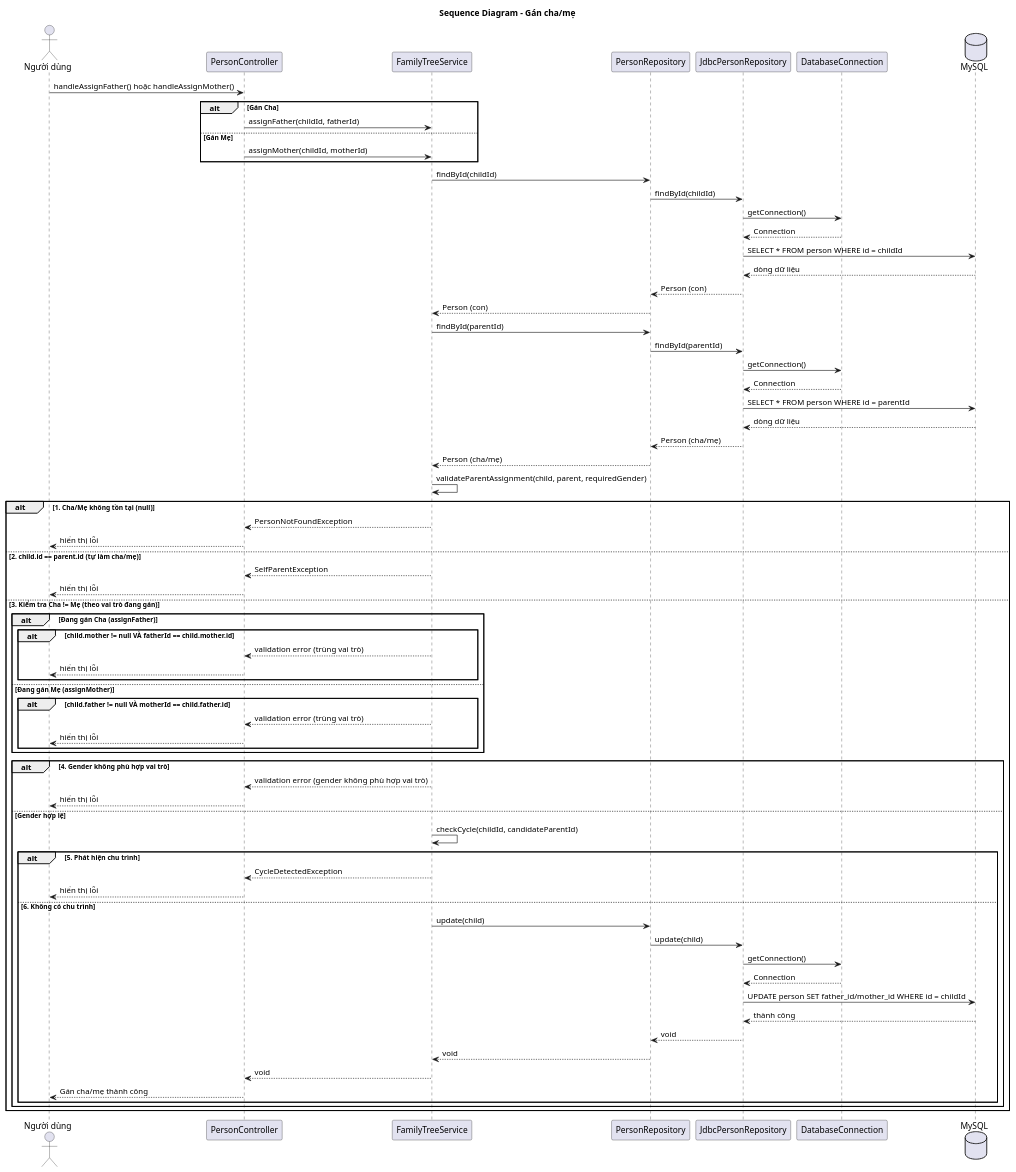
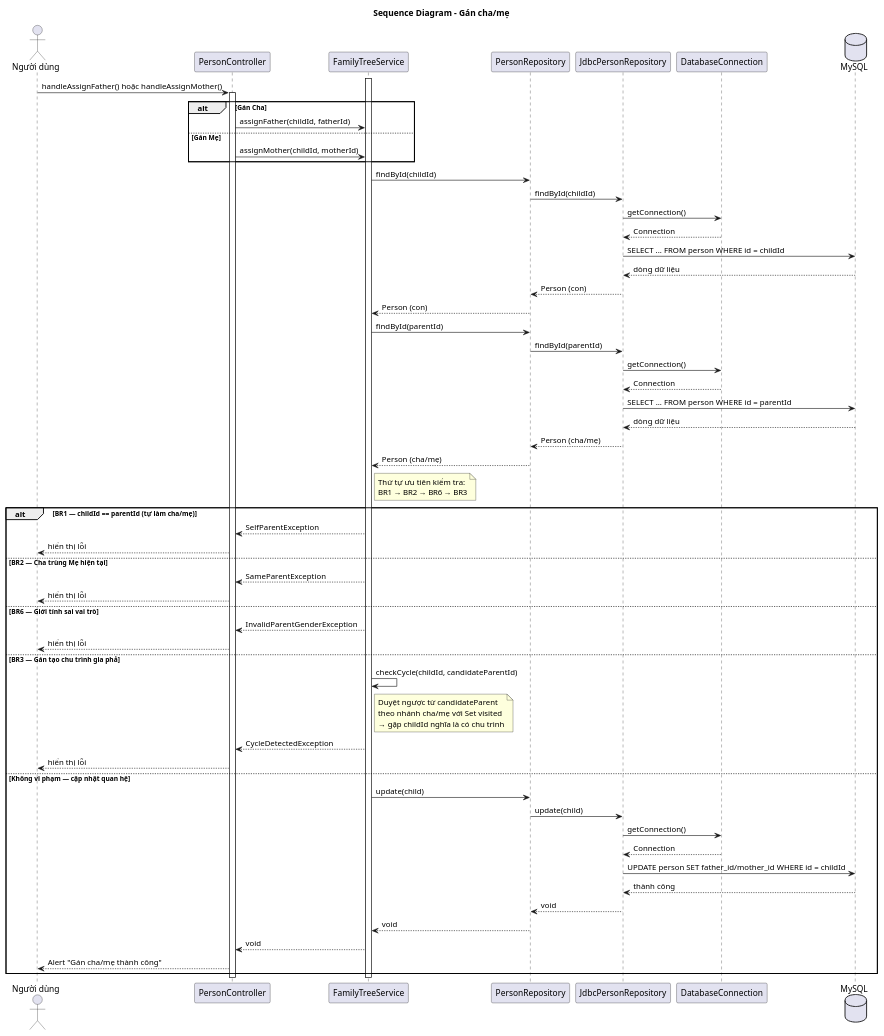
The diagram in docs/uml/sequence-assign-parent.puml (minhchien170704/do-an-gia-pha), drawn with PlantUML before and after one commit. The commit also changed 34 other files, not shown here.

```diff
--- a/docs/uml/sequence-assign-parent.puml
+++ b/docs/uml/sequence-assign-parent.puml
@@ -1,89 +1,84 @@
 @startuml sequence-assign-parent
 
 title Sequence Diagram - Gán cha/mẹ
 
 actor "Người dùng" as User
 participant "PersonController" as Controller
 participant "FamilyTreeService" as Service
 participant "PersonRepository" as Repo
 participant "JdbcPersonRepository" as JdbcRepo
 participant "DatabaseConnection" as DBConn
 database "MySQL" as DB
 
 User -> Controller : handleAssignFather() hoặc handleAssignMother()
+activate Controller
 
 alt Gán Cha
     Controller -> Service : assignFather(childId, fatherId)
 else Gán Mẹ
     Controller -> Service : assignMother(childId, motherId)
 end
+activate Service
 
 Service -> Repo : findById(childId)
 Repo -> JdbcRepo : findById(childId)
 JdbcRepo -> DBConn : getConnection()
 DBConn --> JdbcRepo : Connection
-JdbcRepo -> DB : SELECT * FROM person WHERE id = childId
+JdbcRepo -> DB : SELECT ... FROM person WHERE id = childId
 DB --> JdbcRepo : dòng dữ liệu
 JdbcRepo --> Repo : Person (con)
 Repo --> Service : Person (con)
 
 Service -> Repo : findById(parentId)
 Repo -> JdbcRepo : findById(parentId)
 JdbcRepo -> DBConn : getConnection()
 DBConn --> JdbcRepo : Connection
-JdbcRepo -> DB : SELECT * FROM person WHERE id = parentId
+JdbcRepo -> DB : SELECT ... FROM person WHERE id = parentId
 DB --> JdbcRepo : dòng dữ liệu
 JdbcRepo --> Repo : Person (cha/mẹ)
 Repo --> Service : Person (cha/mẹ)
 
-Service -> Service : validateParentAssignment(child, parent, requiredGender)
+note right of Service
+  Thứ tự ưu tiên kiểm tra:
+  BR1 → BR2 → BR6 → BR3
+end note
 
-alt 1. Cha/Mẹ không tồn tại (null)
-    Service --> Controller : PersonNotFoundException
-    Controller --> User : hiển thị lỗi
-
-else 2. child.id == parent.id (tự làm cha/mẹ)
+alt BR1 — childId == parentId (tự làm cha/mẹ)
     Service --> Controller : SelfParentException
     Controller --> User : hiển thị lỗi
 
-else 3. Kiểm tra Cha != Mẹ (theo vai trò đang gán)
+else BR2 — Cha trùng Mẹ hiện tại
+    Service --> Controller : SameParentException
+    Controller --> User : hiển thị lỗi
 
-    alt Đang gán Cha (assignFather)
-        alt child.mother != null VÀ fatherId == child.mother.id
-            Service --> Controller : validation error (trùng vai trò)
-            Controller --> User : hiển thị lỗi
-        end
-    else Đang gán Mẹ (assignMother)
-        alt child.father != null VÀ motherId == child.father.id
-            Service --> Controller : validation error (trùng vai trò)
-            Controller --> User : hiển thị lỗi
-        end
-    end
+else BR6 — Giới tính sai vai trò
+    Service --> Controller : InvalidParentGenderException
+    Controller --> User : hiển thị lỗi
 
-    alt 4. Gender không phù hợp vai trò
-        Service --> Controller : validation error (gender không phù hợp vai trò)
-        Controller --> User : hiển thị lỗi
+else BR3 — Gán tạo chu trình gia phả
+    Service -> Service : checkCycle(childId, candidateParentId)
+    note right of Service
+      Duyệt ngược từ candidateParent
+      theo nhánh cha/mẹ với Set visited
+      → gặp childId nghĩa là có chu trình
+    end note
+    Service --> Controller : CycleDetectedException
+    Controller --> User : hiển thị lỗi
 
-    else Gender hợp lệ
-        Service -> Service : checkCycle(childId, candidateParentId)
-
-        alt 5. Phát hiện chu trình
-            Service --> Controller : CycleDetectedException
-            Controller --> User : hiển thị lỗi
-
-        else 6. Không có chu trình
-            Service -> Repo : update(child)
-            Repo -> JdbcRepo : update(child)
-            JdbcRepo -> DBConn : getConnection()
-            DBConn --> JdbcRepo : Connection
-            JdbcRepo -> DB : UPDATE person SET father_id/mother_id WHERE id = childId
-            DB --> JdbcRepo : thành công
-            JdbcRepo --> Repo : void
-            Repo --> Service : void
-            Service --> Controller : void
-            Controller --> User : Gán cha/mẹ thành công
-        end
-    end
+else Không vi phạm — cập nhật quan hệ
+    Service -> Repo : update(child)
+    Repo -> JdbcRepo : update(child)
+    JdbcRepo -> DBConn : getConnection()
+    DBConn --> JdbcRepo : Connection
+    JdbcRepo -> DB : UPDATE person SET father_id/mother_id WHERE id = childId
+    DB --> JdbcRepo : thành công
+    JdbcRepo --> Repo : void
+    Repo --> Service : void
+    Service --> Controller : void
+    Controller --> User : Alert "Gán cha/mẹ thành công"
 end
 
+deactivate Service
+deactivate Controller
+
 @enduml
```
